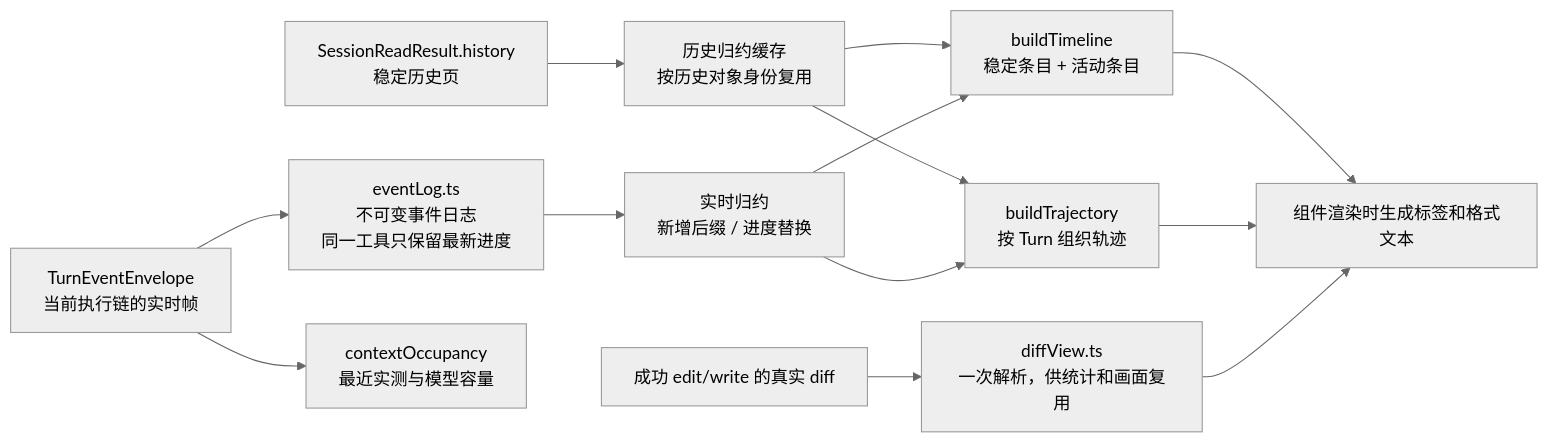
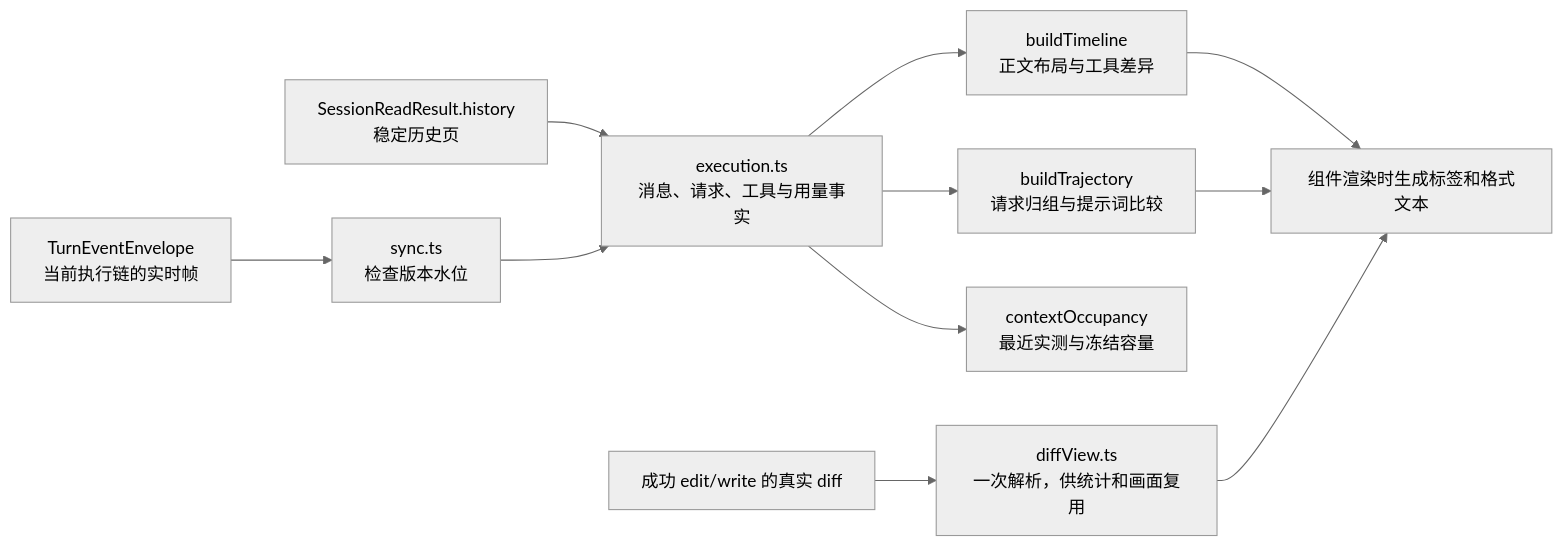
One commit to qjcnmd/singularity-agent changed the eighth of 29 diagrams in docs/singularity.md. Above: the diagram before and after it, drawn with Mermaid (neutral theme). The commit also changed other lines of this file and 44 other files, not shown here.

````diff
--- a/docs/singularity.md
+++ b/docs/singularity.md
@@ -214,15 +214,13 @@
 ```mermaid
 flowchart LR
-    Baseline["SessionReadResult.history<br/>稳定历史页"] --> Historical["历史归约缓存<br/>按历史对象身份复用"]
-    Frames["TurnEventEnvelope<br/>当前执行链的实时帧"] --> Log["eventLog.ts<br/>不可变事件日志<br/>同一工具只保留最新进度"]
-    Log --> Active["实时归约<br/>新增后缀 / 进度替换"]
-    Historical --> Timeline["buildTimeline<br/>稳定条目 + 活动条目"]
-    Active --> Timeline
-    Historical --> Trace["buildTrajectory<br/>按 Turn 组织轨迹"]
-    Active --> Trace
-    Frames --> Usage["contextOccupancy<br/>最近实测与模型容量"]
+    Baseline["SessionReadResult.history<br/>稳定历史页"] --> Facts["execution.ts<br/>消息、请求、工具与用量事实"]
+    Frames["TurnEventEnvelope<br/>当前执行链的实时帧"] --> Sync["sync.ts<br/>检查版本水位"]
+    Sync --> Facts
+    Facts --> Timeline["buildTimeline<br/>正文布局与工具差异"]
+    Facts --> Trace["buildTrajectory<br/>请求归组与提示词比较"]
+    Facts --> Usage["contextOccupancy<br/>最近实测与冻结容量"]
     Timeline --> Render["组件渲染时生成标签和格式文本"]
     Trace --> Render
     ToolResult["成功 edit/write 的真实 diff"] --> Diff["diffView.ts<br/>一次解析，供统计和画面复用"]
     Diff --> Render
 ```
````
